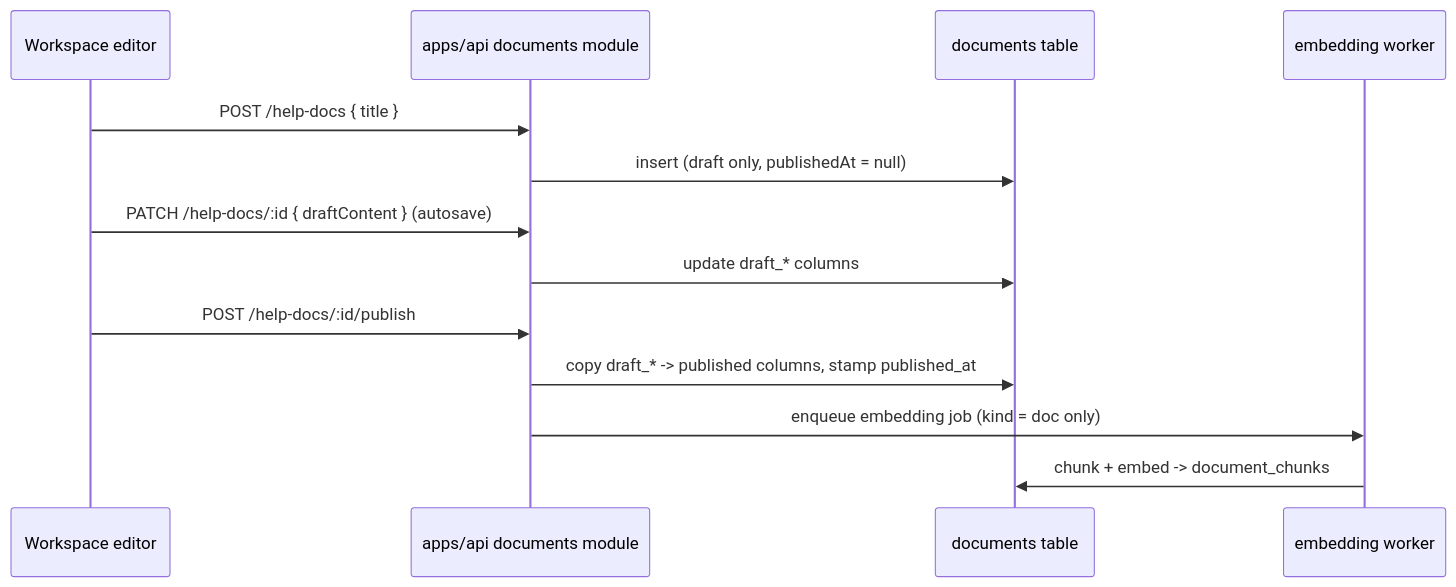
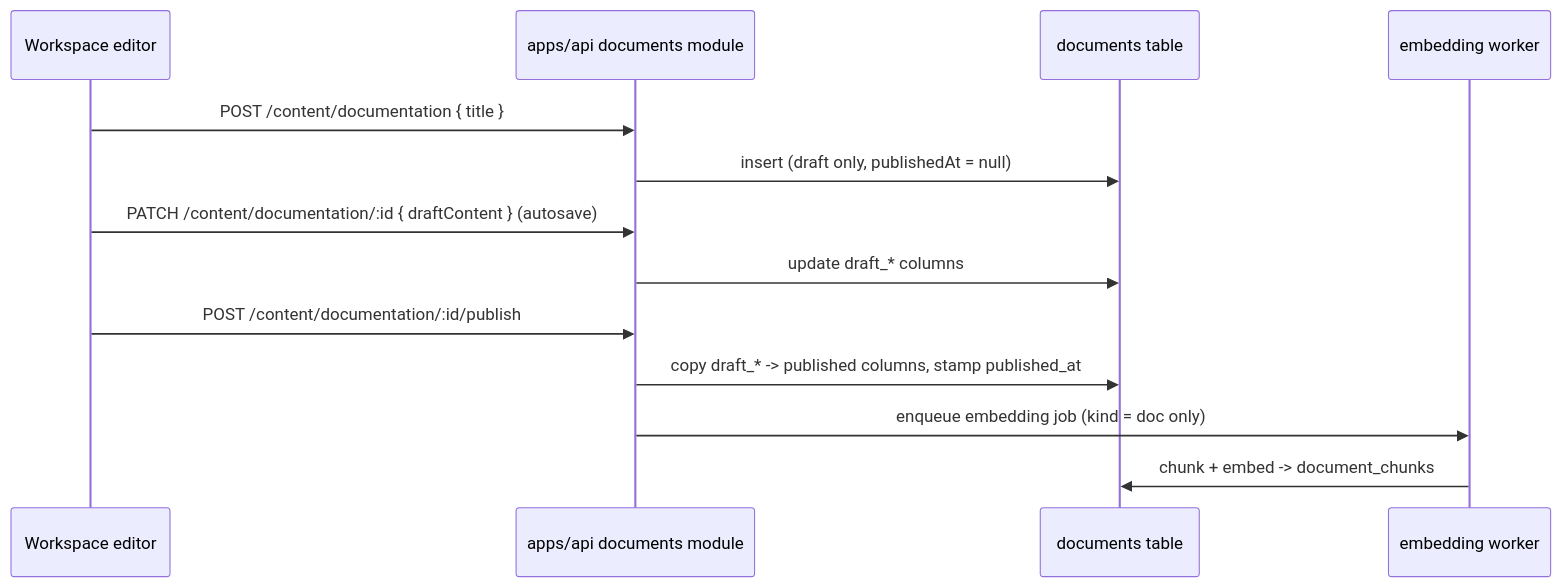
Before and after one commit to codelitdev/frontlit: the second of 3 diagrams in docs/architecture.md, drawn with Mermaid. The commit also changed other lines of this file and 200 other files, not shown here.

````diff
--- a/docs/architecture.md
+++ b/docs/architecture.md
@@ -477,16 +485,16 @@
 ```mermaid
 sequenceDiagram
     participant U as Workspace editor
     participant A as apps/api documents module
     participant DB as documents table
     participant W as embedding worker
 
-    U->>A: POST /help-docs { title }
+    U->>A: POST /content/documentation { title }
     A->>DB: insert (draft only, publishedAt = null)
-    U->>A: PATCH /help-docs/:id { draftContent } (autosave)
+    U->>A: PATCH /content/documentation/:id { draftContent } (autosave)
     A->>DB: update draft_* columns
-    U->>A: POST /help-docs/:id/publish
+    U->>A: POST /content/documentation/:id/publish
     A->>DB: copy draft_* -> published columns, stamp published_at
     A->>W: enqueue embedding job (kind = doc only)
     W->>DB: chunk + embed -> document_chunks
 ```
````
